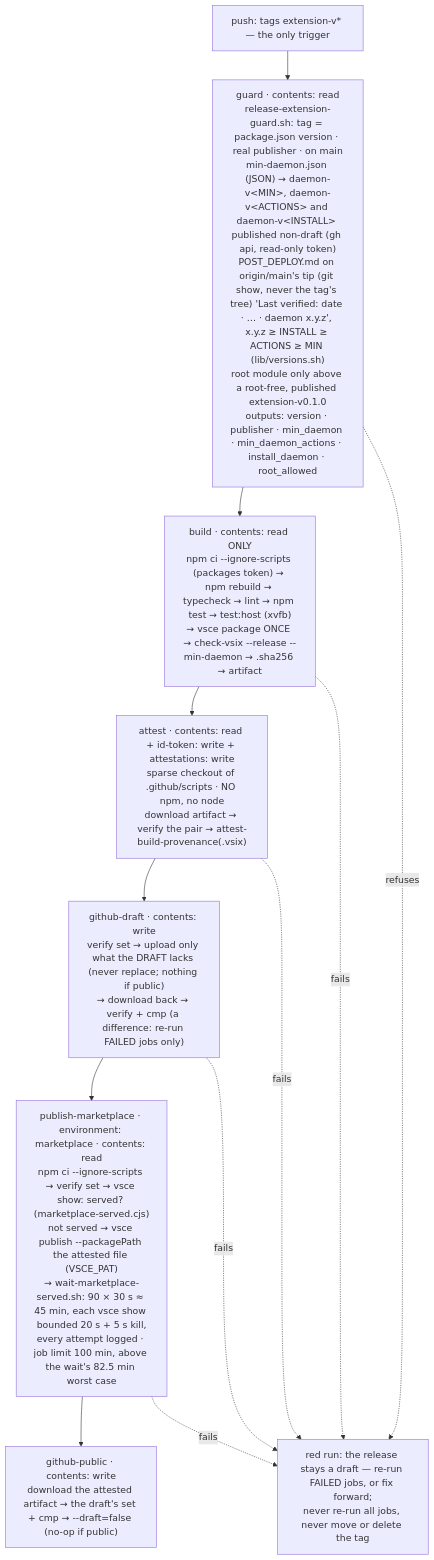
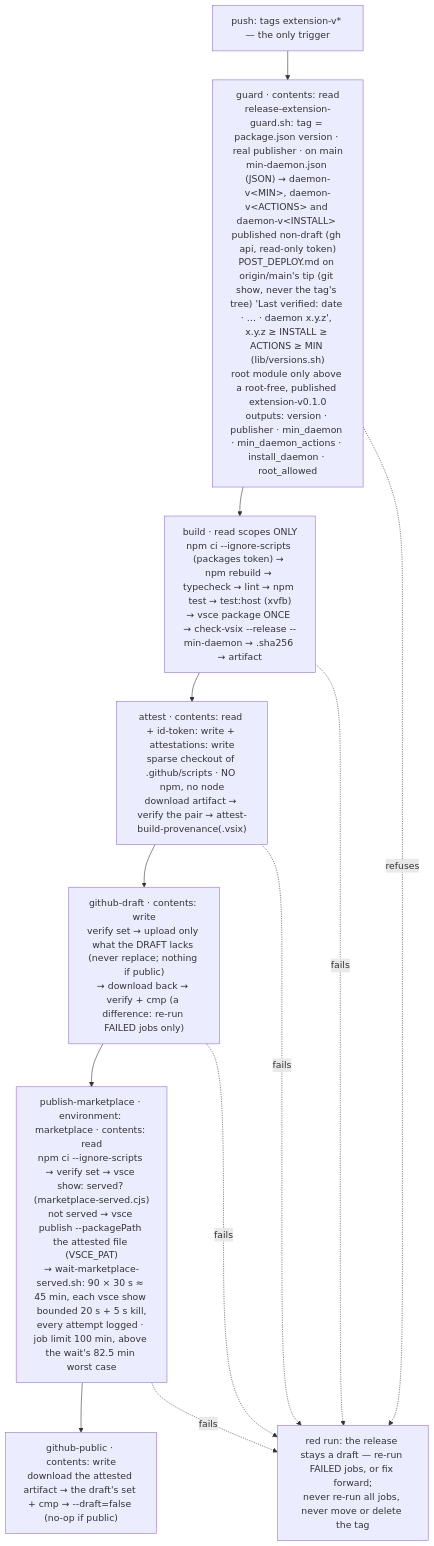
One commit to oleksandrdubyna88/wsl_care changed the eighth of 8 diagrams in research/module_vs_code.md. Above: the diagram before and after it, drawn with Mermaid. The commit also changed other lines of this file and 10 other files, not shown here.

First line of the commit message:
fix(vscode): E18.W0 review of PR 171 - the token step carries nothing else, focus() refuses disabled and hidden, the stamp is the host's alone

````diff
--- a/research/module_vs_code.md
+++ b/research/module_vs_code.md
@@ -723,17 +723,17 @@
 ```mermaid
 flowchart TD
     tag["push: tags extension-v* — the only trigger"]
     guard["guard · contents: read<br/>release-extension-guard.sh: tag = package.json version · real publisher · on main<br/>min-daemon.json (JSON) → daemon-v&lt;MIN&gt;, daemon-v&lt;ACTIONS&gt; and daemon-v&lt;INSTALL&gt; published non-draft (gh api, read-only token)<br/>POST_DEPLOY.md on origin/main's tip (git show, never the tag's tree) 'Last verified: date · … · daemon x.y.z', x.y.z ≥ INSTALL ≥ ACTIONS ≥ MIN (lib/versions.sh)<br/>root module only above a root-free, published extension-v0.1.0<br/>outputs: version · publisher · min_daemon · min_daemon_actions · install_daemon · root_allowed"]
-    build["build · contents: read ONLY<br/>npm ci --ignore-scripts (packages token) → npm rebuild → typecheck → lint → npm test → test:host (xvfb)<br/>→ vsce package ONCE → check-vsix --release --min-daemon → .sha256 → artifact"]
+    build["build · read scopes ONLY<br/>npm ci --ignore-scripts (packages token) → npm rebuild → typecheck → lint → npm test → test:host (xvfb)<br/>→ vsce package ONCE → check-vsix --release --min-daemon → .sha256 → artifact"]
     attest["attest · contents: read + id-token: write + attestations: write<br/>sparse checkout of .github/scripts · NO npm, no node<br/>download artifact → verify the pair → attest-build-provenance(.vsix)"]
     draft["github-draft · contents: write<br/>verify set → upload only what the DRAFT lacks (never replace; nothing if public)<br/>→ download back → verify + cmp (a difference: re-run FAILED jobs only)"]
     mkt["publish-marketplace · environment: marketplace · contents: read<br/>npm ci --ignore-scripts → verify set → vsce show: served? (marketplace-served.cjs)<br/>not served → vsce publish --packagePath the attested file (VSCE_PAT)<br/>→ wait-marketplace-served.sh: 90 × 30 s ≈ 45 min, each vsce show bounded 20 s + 5 s kill,<br/>every attempt logged · job limit 100 min, above the wait's 82.5 min worst case"]
     pub["github-public · contents: write<br/>download the attested artifact → the draft's set + cmp → --draft=false (no-op if public)"]
     stop["red run: the release stays a draft — re-run FAILED jobs, or fix forward;<br/>never re-run all jobs, never move or delete the tag"]
     tag --> guard --> build --> attest --> draft --> mkt --> pub
     guard -. refuses .-> stop
     build -. fails .-> stop
     attest -. fails .-> stop
     draft -. fails .-> stop
     mkt -. fails .-> stop
 ```
````
